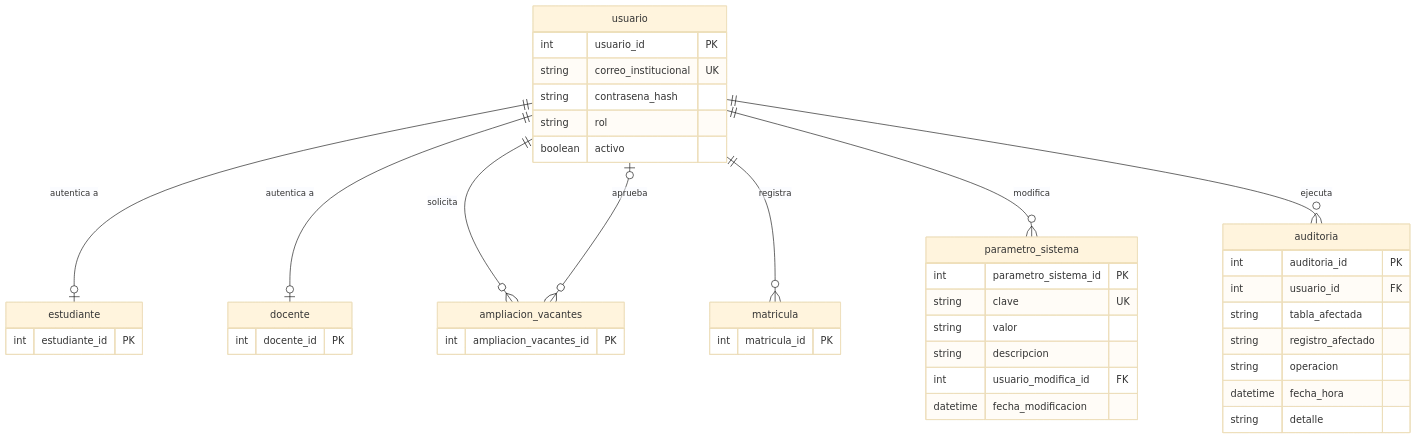
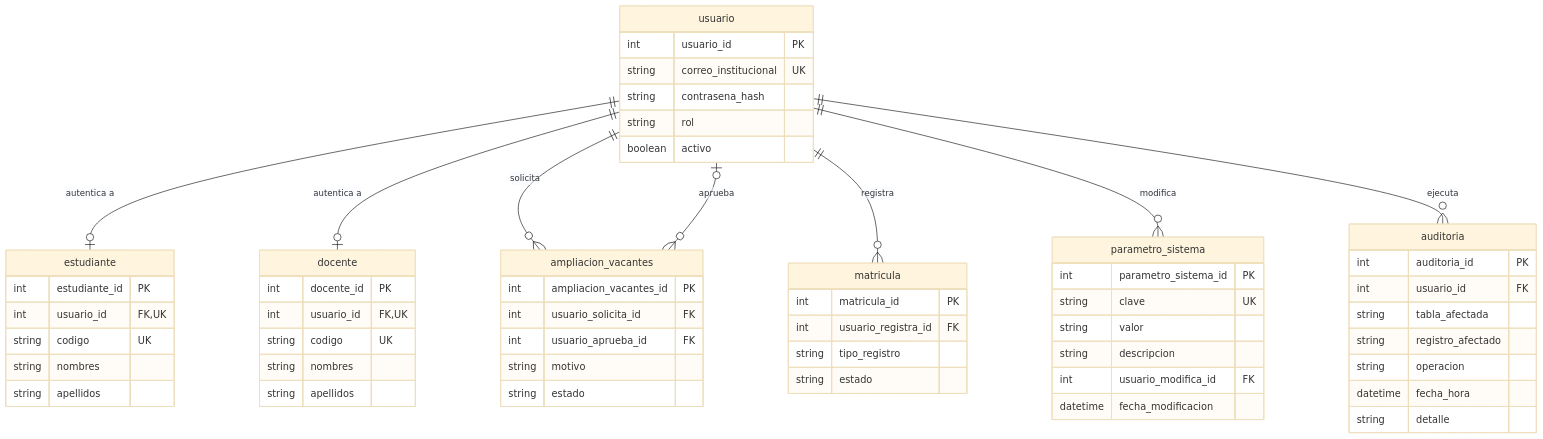
Before and after one commit to Marco-Gomez06/UNI-pre-202602-SW609-Grupo3: the diagram in 3/3.3/3.3.1/3.3.1.5/3.3.1.5.md, drawn with Mermaid (base theme). The commit also changed other lines of this file and 11 other files, not shown here.

Commit message:
fix de diagramas

````diff
--- a/3/3.3/3.3.1/3.3.1.5/3.3.1.5.md
+++ b/3/3.3/3.3.1/3.3.1.5/3.3.1.5.md
@@ -7,46 +13,62 @@
 ```mermaid
 erDiagram
     usuario {
         int usuario_id PK
         string correo_institucional UK
         string contrasena_hash
         string rol
         boolean activo
     }
     parametro_sistema {
         int parametro_sistema_id PK
         string clave UK
         string valor
         string descripcion
         int usuario_modifica_id FK
         datetime fecha_modificacion
     }
     auditoria {
         int auditoria_id PK
         int usuario_id FK
         string tabla_afectada
         string registro_afectado
         string operacion
         datetime fecha_hora
         string detalle
     }
     estudiante {
         int estudiante_id PK
+        int usuario_id FK, UK
+        string codigo UK
+        string nombres
+        string apellidos
     }
     docente {
         int docente_id PK
+        int usuario_id FK, UK
+        string codigo UK
+        string nombres
+        string apellidos
     }
     ampliacion_vacantes {
         int ampliacion_vacantes_id PK
+        int usuario_solicita_id FK
+        int usuario_aprueba_id FK
+        string motivo
+        string estado
     }
     matricula {
         int matricula_id PK
+        int usuario_registra_id FK
+        string tipo_registro
+        string estado
     }
+
     usuario ||--o| estudiante : "autentica a"
     usuario ||--o| docente : "autentica a"
     usuario ||--o{ ampliacion_vacantes : "solicita"
     usuario |o--o{ ampliacion_vacantes : "aprueba"
     usuario ||--o{ matricula : "registra"
     usuario ||--o{ parametro_sistema : "modifica"
     usuario ||--o{ auditoria : "ejecuta"
 ```
````
